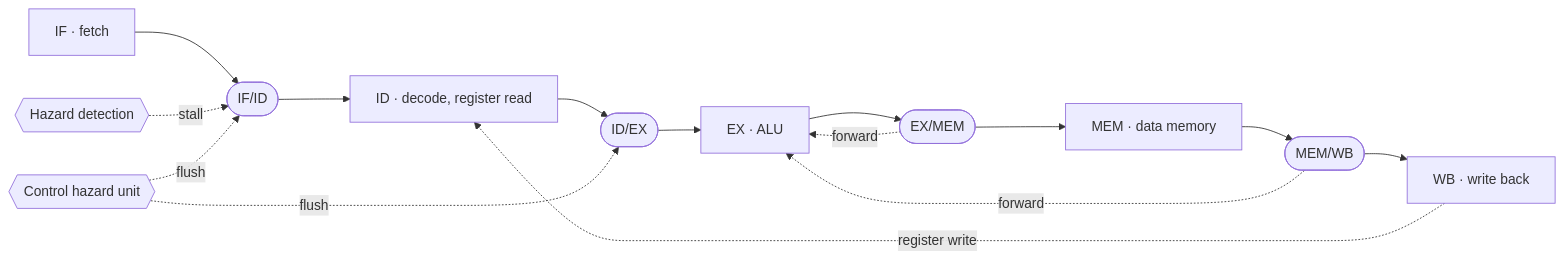
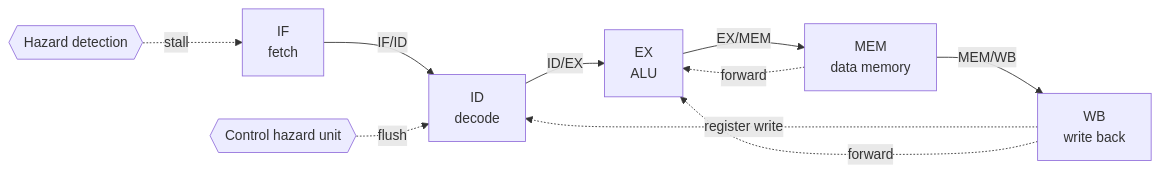
The diagram in README.md (devjwk/Project-Part-1), drawn with Mermaid before and after one commit.

Commit message:
Make pipeline diagrams more readable

````diff
--- a/README.md
+++ b/README.md
@@ -52,10 +52,9 @@
 ```mermaid
 flowchart LR
-    IF["IF · fetch"] --> R1(["IF/ID"]) --> ID["ID · decode, register read"] --> R2(["ID/EX"]) --> EX["EX · ALU"] --> R3(["EX/MEM"]) --> MEM["MEM · data memory"] --> R4(["MEM/WB"]) --> WB["WB · write back"]
+    IF["IF<br/>fetch"] -->|"IF/ID"| ID["ID<br/>decode"] -->|"ID/EX"| EX["EX<br/>ALU"] -->|"EX/MEM"| MEM["MEM<br/>data memory"] -->|"MEM/WB"| WB["WB<br/>write back"]
     WB -.->|"register write"| ID
-    R3 -.->|"forward"| EX
-    R4 -.->|"forward"| EX
-    HZ{{"Hazard detection"}} -.->|"stall"| R1
-    CH{{"Control hazard unit"}} -.->|"flush"| R1
-    CH -.->|"flush"| R2
+    MEM -.->|"forward"| EX
+    WB -.->|"forward"| EX
+    HZ{{"Hazard detection"}} -.->|"stall"| IF
+    CH{{"Control hazard unit"}} -.->|"flush"| ID
 ```
````
